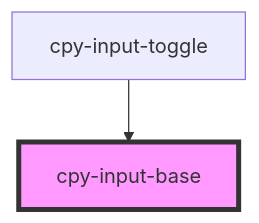
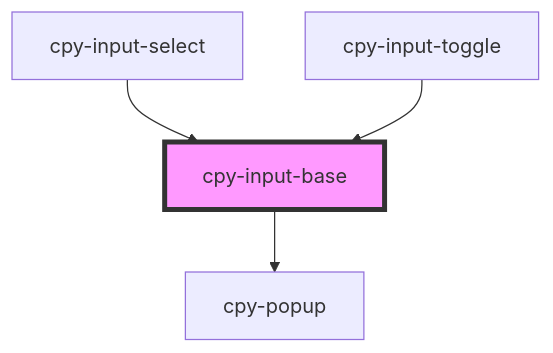
One commit to Lith1um/Canopy-Stencil changed the diagram in stencil-lib/src/components/inputs/readme.md. Above: the diagram before and after it, drawn with Mermaid. The commit also changed other lines of this file and 14 other files, not shown here.

````diff
--- a/stencil-lib/src/components/inputs/readme.md
+++ b/stencil-lib/src/components/inputs/readme.md
@@ -28,5 +54,7 @@
 ```mermaid
 graph TD;
+  cpy-input-base --> cpy-popup
+  cpy-input-select --> cpy-input-base
   cpy-input-toggle --> cpy-input-base
   style cpy-input-base fill:#f9f,stroke:#333,stroke-width:4px
 ```
````
